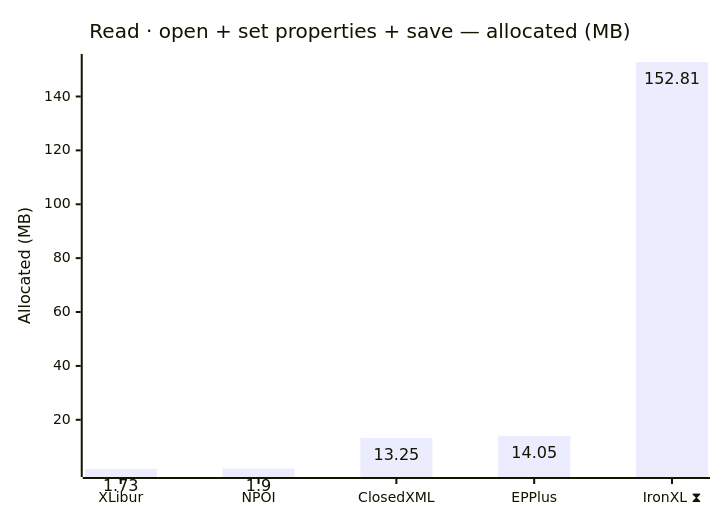
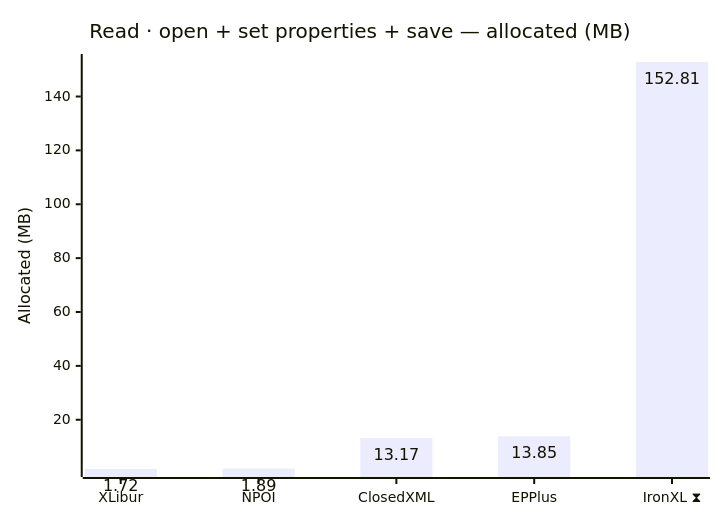
The second of 12 diagrams in docs/results-ci.md (jafin/XLBench), drawn with Mermaid before and after one commit. The commit also changed other lines of this file, not shown here.

````diff
--- a/docs/results-ci.md
+++ b/docs/results-ci.md
@@ -54,12 +54,12 @@
 ```mermaid
 ---
 config:
   xyChart:
     showDataLabel: true
 ---
 xychart-beta
     title "Read · open + set properties + save — allocated (MB)"
     x-axis ["XLibur", "NPOI", "ClosedXML", "EPPlus", "IronXL ⧗"]
     y-axis "Allocated (MB)"
-    bar [1.73, 1.9, 13.25, 14.05, 152.81]
+    bar [1.72, 1.89, 13.17, 13.85, 152.81]
 ```
````
